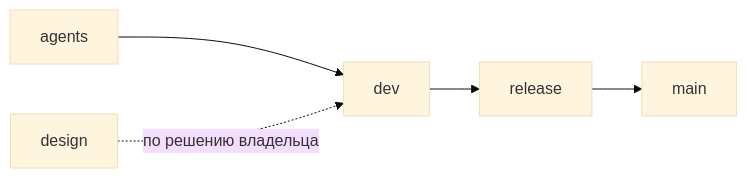
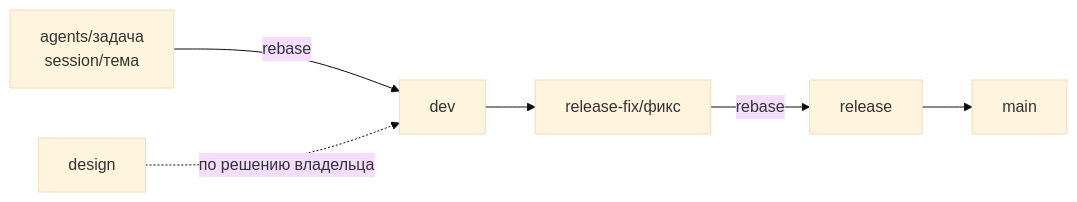
Before and after one commit to maratnek/claude-try-first: the second of 2 diagrams in docs/PROCESS.md, drawn with Mermaid (base theme). The commit also changed other lines of this file and 3 other files, not shown here.

First line of the commit message:
One branch per task, integrated by rebase and kept for history

````diff
--- a/docs/PROCESS.md
+++ b/docs/PROCESS.md
@@ -62,5 +62,7 @@
 ```mermaid
 flowchart LR
-    agents --> dev --> release --> main
+    task["agents/задача<br/>session/тема"] -- "rebase" --> dev
+    dev --> fix["release-fix/фикс"] -- "rebase" --> release
+    release --> main
     design -. "по решению владельца" .-> dev
 ```
````
